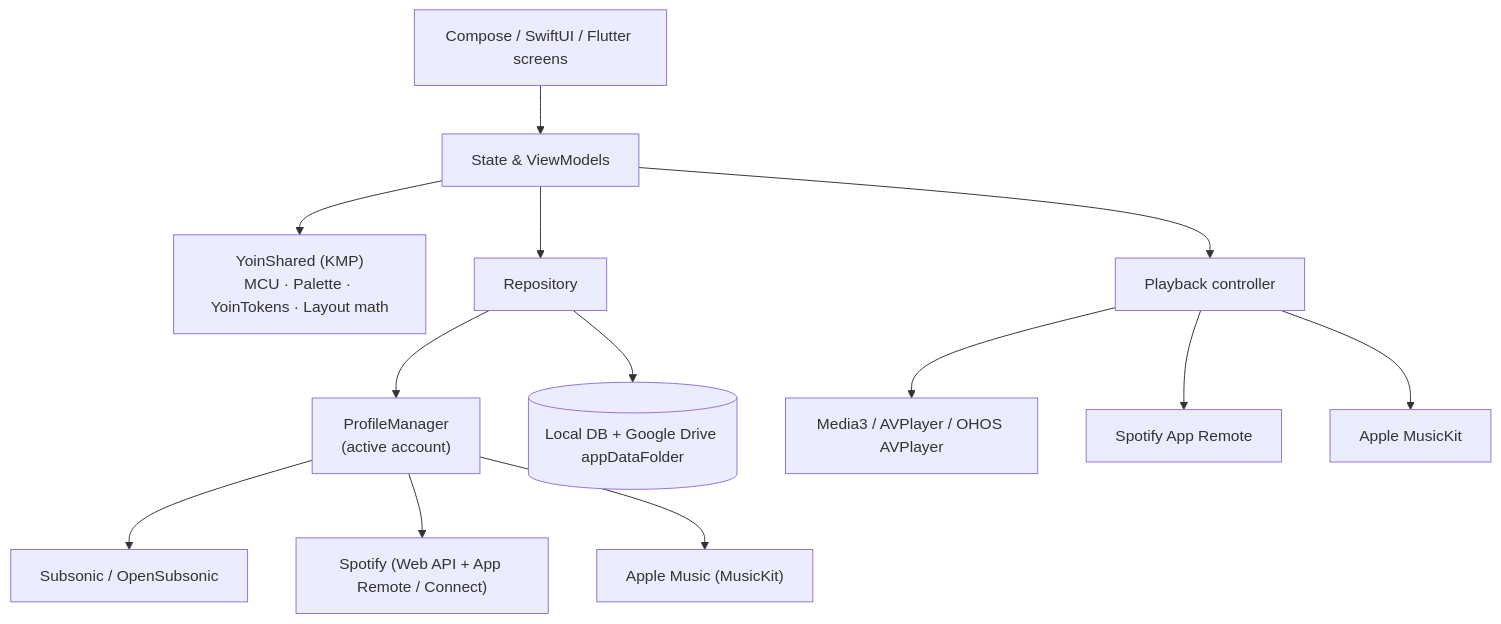
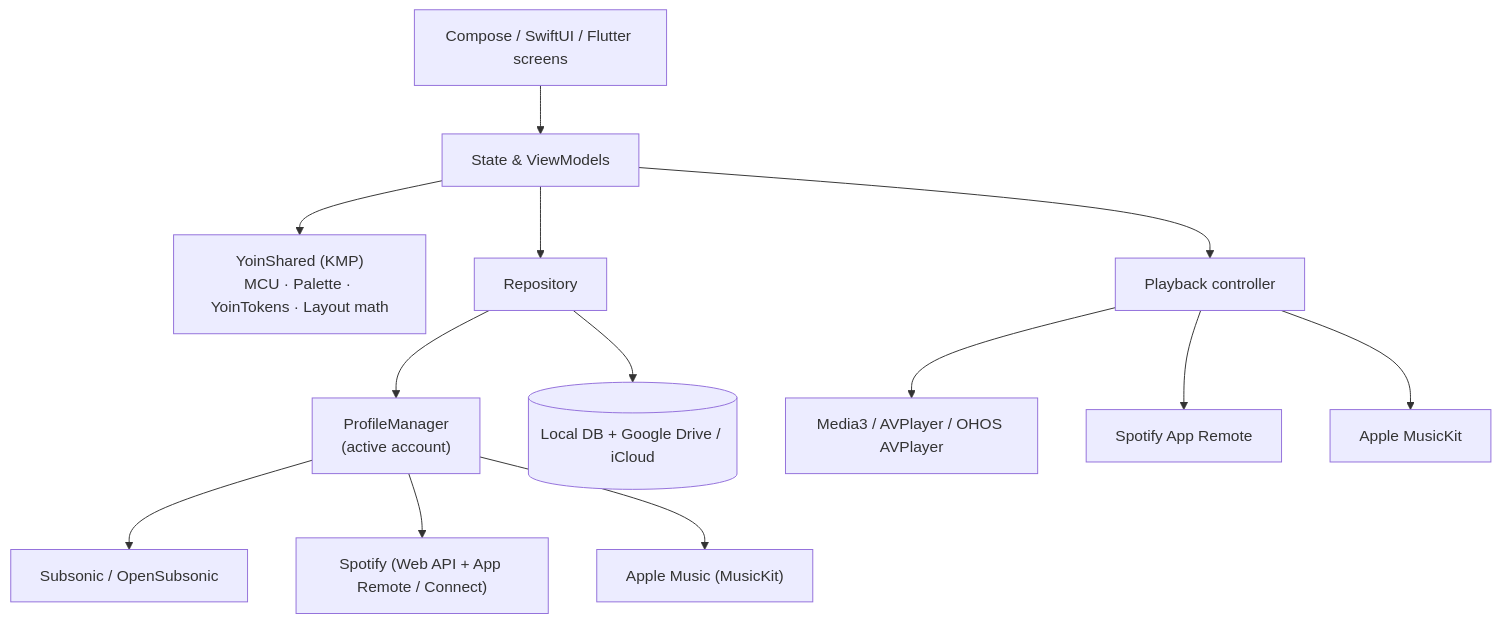
The diagram in README.md (p2o51/Yoin), drawn with Mermaid before and after one commit. The commit also changed other lines of this file and 5 other files, not shown here.

````diff
--- a/README.md
+++ b/README.md
@@ -96,15 +96,15 @@
 ```mermaid
 flowchart TD
     UI["Compose / SwiftUI / Flutter screens"] --> VM["State & ViewModels"]
     VM --> Shared["YoinShared (KMP)<br/>MCU · Palette · YoinTokens · Layout math"]
     VM --> Repo["Repository"]
     Repo --> PM["ProfileManager<br/>(active account)"]
     PM --> Sub["Subsonic / OpenSubsonic"]
     PM --> Spo["Spotify (Web API + App Remote / Connect)"]
     PM --> App["Apple Music (MusicKit)"]
-    Repo --> Local[("Local DB + Google Drive appDataFolder")]
+    Repo --> Local[("Local DB + Google Drive / iCloud")]
     VM --> Play["Playback controller"]
     Play --> Stream["Media3 / AVPlayer / OHOS AVPlayer"]
     Play --> Remote["Spotify App Remote"]
     Play --> MusicKit["Apple MusicKit"]
 ```
````
